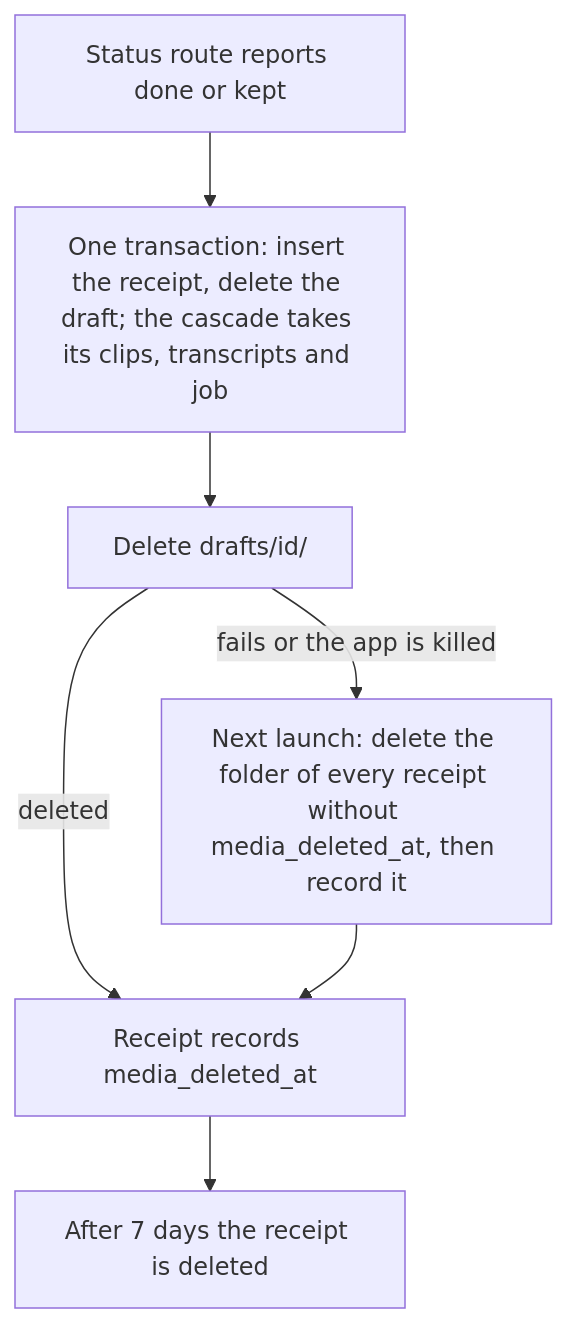
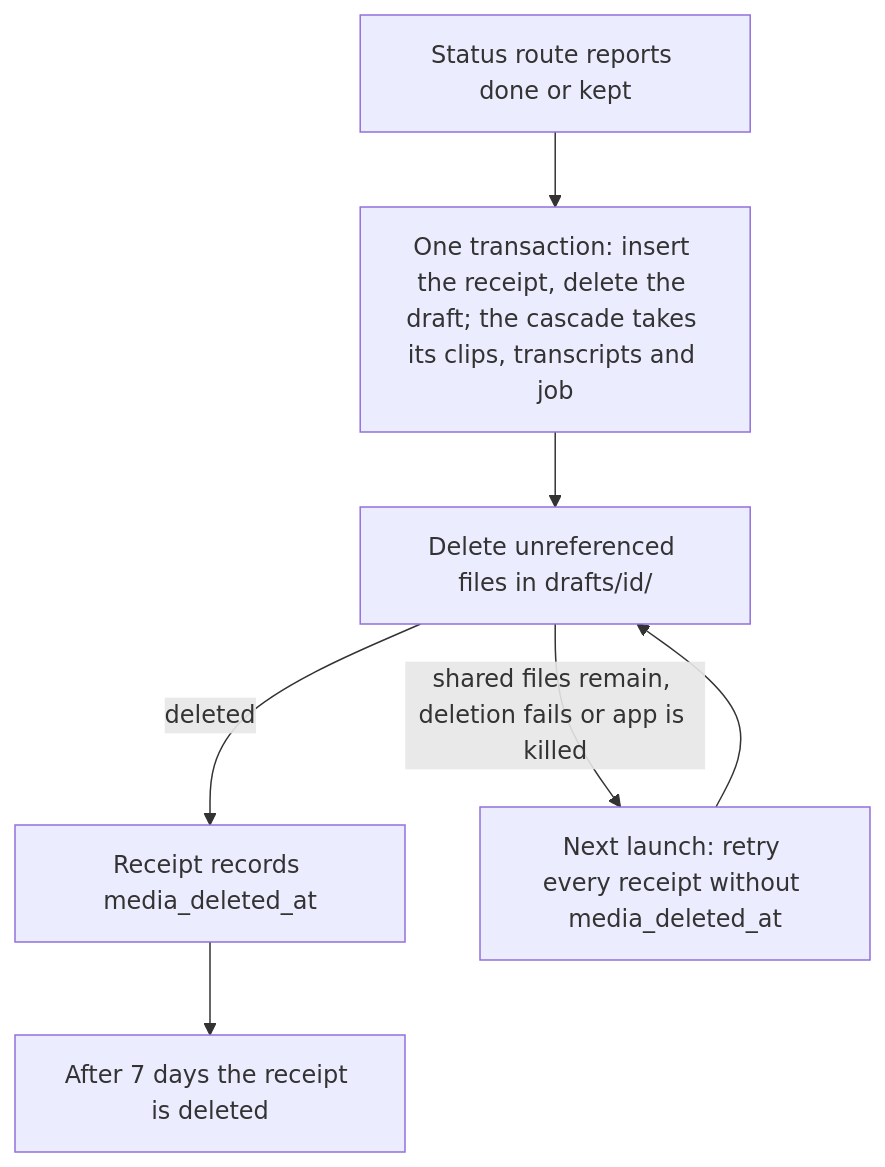
Before and after one commit to mieweb/pulse: the third of 3 diagrams in docs/persistence.md, drawn with Mermaid. The commit also changed other lines of this file and 29 other files, not shown here.

````diff
--- a/docs/persistence.md
+++ b/docs/persistence.md
@@ -348,9 +370,9 @@
 ```mermaid
 flowchart TD
   outcome[Status route reports done or kept] --> tx[One transaction: insert the receipt, delete the draft; the cascade takes its clips, transcripts and job]
-  tx --> folder[Delete drafts/id/]
+  tx --> folder[Delete unreferenced files in drafts/id/]
   folder -- deleted --> mark[Receipt records media_deleted_at]
-  folder -- fails or the app is killed --> launch[Next launch: delete the folder of every receipt without media_deleted_at, then record it]
-  launch --> mark
+  folder -- shared files remain, deletion fails or app is killed --> launch[Next launch: retry every receipt without media_deleted_at]
+  launch --> folder
   mark --> expire[After 7 days the receipt is deleted]
 ```
````
